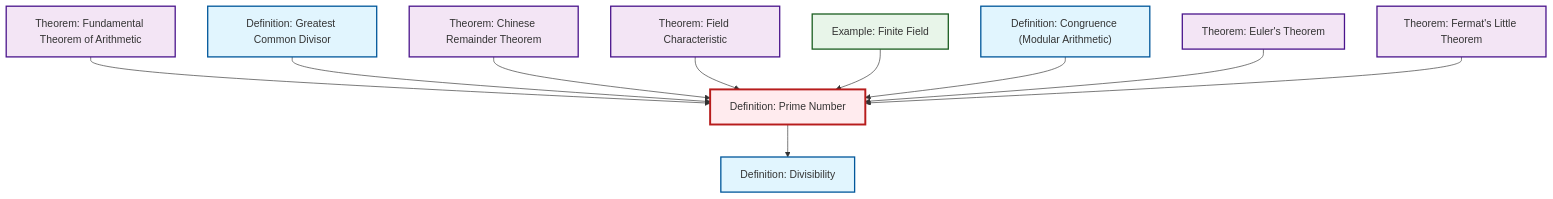
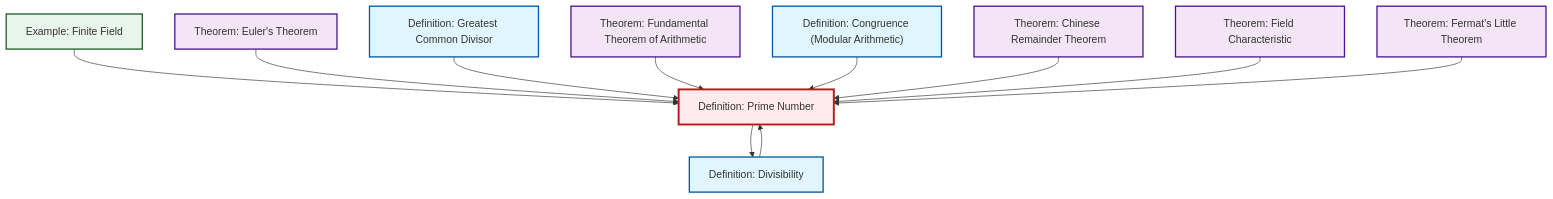
One commit to RK0429/ModernMath changed the diagram in output/mermaid/def-prime.mermaid. Above: the diagram before and after it, drawn with Mermaid. The commit also changed 531 other files, not shown here.

```diff
--- a/output/mermaid/def-prime.mermaid
+++ b/output/mermaid/def-prime.mermaid
@@ -1,27 +1,28 @@
 %%| fig-cap: "Local dependency graph"
 graph TD
     classDef definition fill:#e1f5fe,stroke:#01579b,stroke-width:2px
     classDef theorem fill:#f3e5f5,stroke:#4a148c,stroke-width:2px
     classDef axiom fill:#fff3e0,stroke:#e65100,stroke-width:2px
     classDef example fill:#e8f5e9,stroke:#1b5e20,stroke-width:2px
     classDef current fill:#ffebee,stroke:#b71c1c,stroke-width:3px
-    def-prime["Definition: Prime Number"]:::definition
+    thm-chinese-remainder["Theorem: Chinese Remainder Theorem"]:::theorem
+    def-divisibility["Definition: Divisibility"]:::definition
+    ex-finite-field["Example: Finite Field"]:::example
     thm-fundamental-arithmetic["Theorem: Fundamental Theorem of Arithmetic"]:::theorem
-    def-gcd["Definition: Greatest Common Divisor"]:::definition
-    def-divisibility["Definition: Divisibility"]:::definition
-    thm-chinese-remainder["Theorem: Chinese Remainder Theorem"]:::theorem
-    def-congruence["Definition: Congruence (Modular Arithmetic)"]:::definition
-    ex-finite-field["Example: Finite Field"]:::example
     thm-euler["Theorem: Euler's Theorem"]:::theorem
     thm-fermat-little["Theorem: Fermat's Little Theorem"]:::theorem
+    def-congruence["Definition: Congruence (Modular Arithmetic)"]:::definition
+    def-gcd["Definition: Greatest Common Divisor"]:::definition
     thm-field-characteristic["Theorem: Field Characteristic"]:::theorem
+    def-prime["Definition: Prime Number"]:::definition
+    def-prime --> def-divisibility
+    ex-finite-field --> def-prime
+    thm-euler --> def-prime
+    def-gcd --> def-prime
     thm-fundamental-arithmetic --> def-prime
-    def-gcd --> def-prime
-    def-prime --> def-divisibility
+    def-congruence --> def-prime
     thm-chinese-remainder --> def-prime
     thm-field-characteristic --> def-prime
-    ex-finite-field --> def-prime
-    def-congruence --> def-prime
-    thm-euler --> def-prime
+    def-divisibility --> def-prime
     thm-fermat-little --> def-prime
     class def-prime current
```
